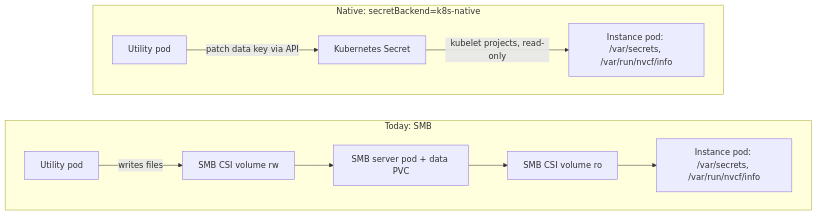
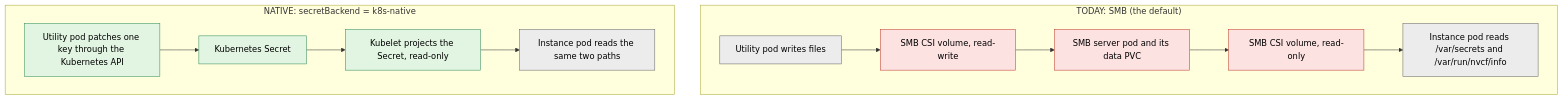
The first of 4 diagrams in docs/dev/sdd-shared-storage-v2-secrets.md (ViktorWelbers/nvcf), drawn with Mermaid before and after one commit. The commit also changed other lines of this file, not shown here.

````diff
--- a/docs/dev/sdd-shared-storage-v2-secrets.md
+++ b/docs/dev/sdd-shared-storage-v2-secrets.md
@@ -31,15 +33,22 @@
 ```mermaid
-flowchart LR
-  subgraph TODAY["Today: SMB"]
+flowchart TB
+  subgraph TODAY["TODAY: SMB (the default)"]
     direction LR
-    TU["Utility pod"] -->|"writes files"| TPVC["SMB CSI volume rw"]
-    TPVC --> TSRV["SMB server pod + data PVC"]
-    TSRV --> TRO["SMB CSI volume ro"]
-    TRO --> TI["Instance pod: /var/secrets, /var/run/nvcf/info"]
+    A1["Utility pod writes files"] --> A2["SMB CSI volume, read-write"]
+    A2 --> A3["SMB server pod and its data PVC"]
+    A3 --> A4["SMB CSI volume, read-only"]
+    A4 --> A5["Instance pod reads /var/secrets and /var/run/nvcf/info"]
   end
-  subgraph NEXT["Native: secretBackend=k8s-native"]
+  subgraph NATIVE["NATIVE: secretBackend = k8s-native"]
     direction LR
-    NU["Utility pod"] -->|"patch data key via API"| NS["Kubernetes Secret"]
-    NS -->|"kubelet projects, read-only"| NI["Instance pod: /var/secrets, /var/run/nvcf/info"]
+    B1["Utility pod patches one key through the Kubernetes API"] --> B2["Kubernetes Secret"]
+    B2 --> B3["Kubelet projects the Secret, read-only"]
+    B3 --> B4["Instance pod reads the same two paths"]
   end
+  classDef removed fill:#fde2e2,stroke:#c0392b,color:#000
+  classDef added fill:#e2f5e2,stroke:#2e8b57,color:#000
+  classDef same fill:#ececec,stroke:#666,color:#000
+  class A2,A3,A4 removed
+  class B1,B2,B3 added
+  class A1,A5,B4 same
 ```
````
